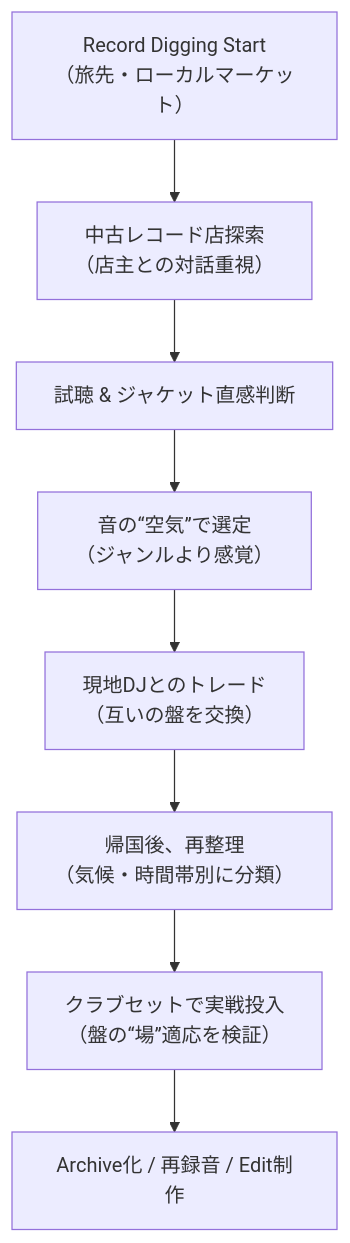
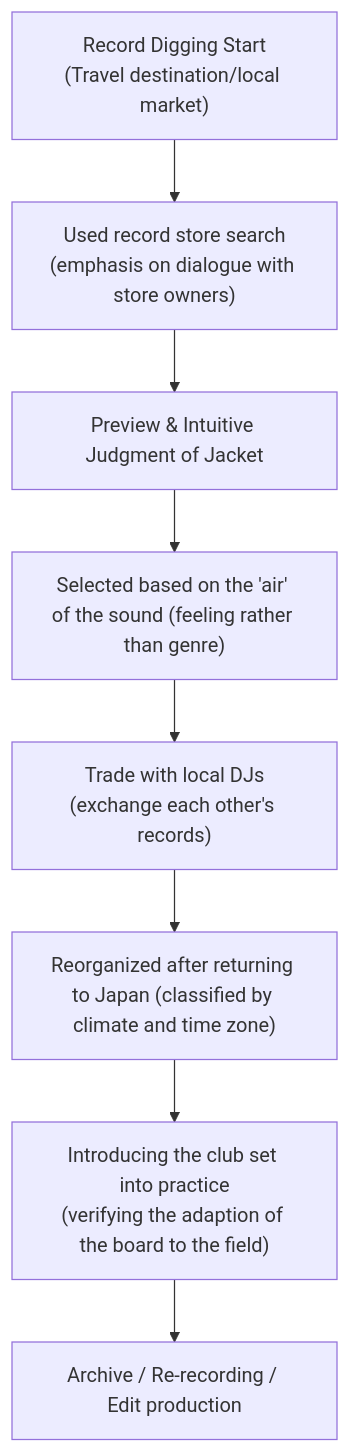
The fourth of 5 diagrams in en/_posts/2025-10-27-column-harvey-vinyl.md (monumental-movement/monumental-movement.github.io), drawn with Mermaid before and after one commit. The commit also changed other lines of this file and 152 other files, not shown here.

```diff
--- a/en/_posts/2025-10-27-column-harvey-vinyl.md
+++ b/en/_posts/2025-10-27-column-harvey-vinyl.md
@@ -221,16 +221,16 @@
 <div class="mermaid">
 
 flowchart TD
-    A["Record Digging Start<br>（旅先・ローカルマーケット）"]
-    B["中古レコード店探索<br>（店主との対話重視）"]
-    C["試聴 & ジャケット直感判断"]
-    D["音の“空気”で選定<br>（ジャンルより感覚）"]
-    E["現地DJとのトレード<br>（互いの盤を交換）"]
-    F["帰国後、再整理<br>（気候・時間帯別に分類）"]
-    G["クラブセットで実戦投入<br>（盤の“場”適応を検証）"]
-    H["Archive化 / 再録音 / Edit制作"]
+    A["Record Digging Start<br>(Travel destination/local market)"]
+    B["Used record store search<br>(emphasis on dialogue with store owners)"]
+    C["Preview & Intuitive Judgment of Jacket"]
+    D["Selected based on the 'air' of the sound (feeling rather than genre)"]
+    E["Trade with local DJs<br>(exchange each other's records)"]
+    F["Reorganized after returning to Japan (classified by climate and time zone)"]
+    G["Introducing the club set into practice<br>(verifying the adaption of the board to the field)"]
+    H["Archive / Re-recording / Edit production"]
 
     A --> B --> C --> D --> E --> F --> G --> H
 
 
 </div>
```
